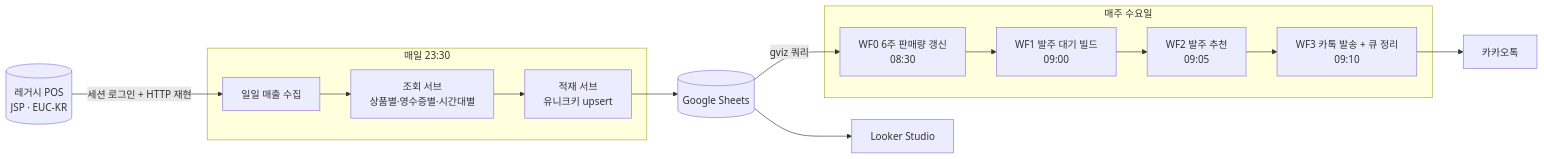
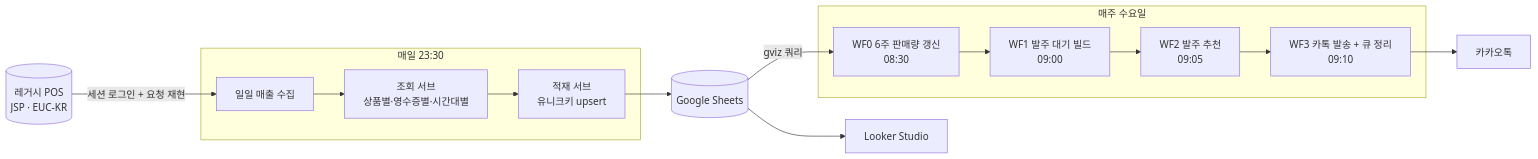
One commit to TaeJeong-Eom/Icepop_workflow changed the diagram in README.md. Above: the diagram before and after it, drawn with Mermaid. The commit also changed other lines of this file and 1 other file, not shown here.

First line of the commit message:
README 재구성: 개선 효과 · 설계 의도 · 트러블슈팅 · 워크플로우 특징

````diff
--- a/README.md
+++ b/README.md
@@ -31,15 +42,15 @@
 ```mermaid
 flowchart LR
-    POS[(레거시 POS<br/>JSP · EUC-KR)] -->|세션 로그인 + HTTP 재현| COL
+    POS[(레거시 POS<br/>JSP · EUC-KR)] -->|세션 로그인 + 요청 재현| COL
     subgraph Daily["매일 23:30"]
         COL[일일 매출 수집] --> SUB1[조회 서브<br/>상품별·영수증별·시간대별]
         SUB1 --> SUB2[적재 서브<br/>유니크키 upsert]
     end
     SUB2 --> SHEET[(Google Sheets)]
     SHEET --> LOOKER[Looker Studio]
     subgraph Weekly["매주 수요일"]
         WF0[WF0 6주 판매량 갱신<br/>08:30] --> WF1[WF1 발주 대기 빌드<br/>09:00] --> WF2[WF2 발주 추천<br/>09:05] --> WF3[WF3 카톡 발송 + 큐 정리<br/>09:10]
     end
     SHEET -->|gviz 쿼리| WF0
     WF3 --> KAKAO[카카오톡]
 ```
````
